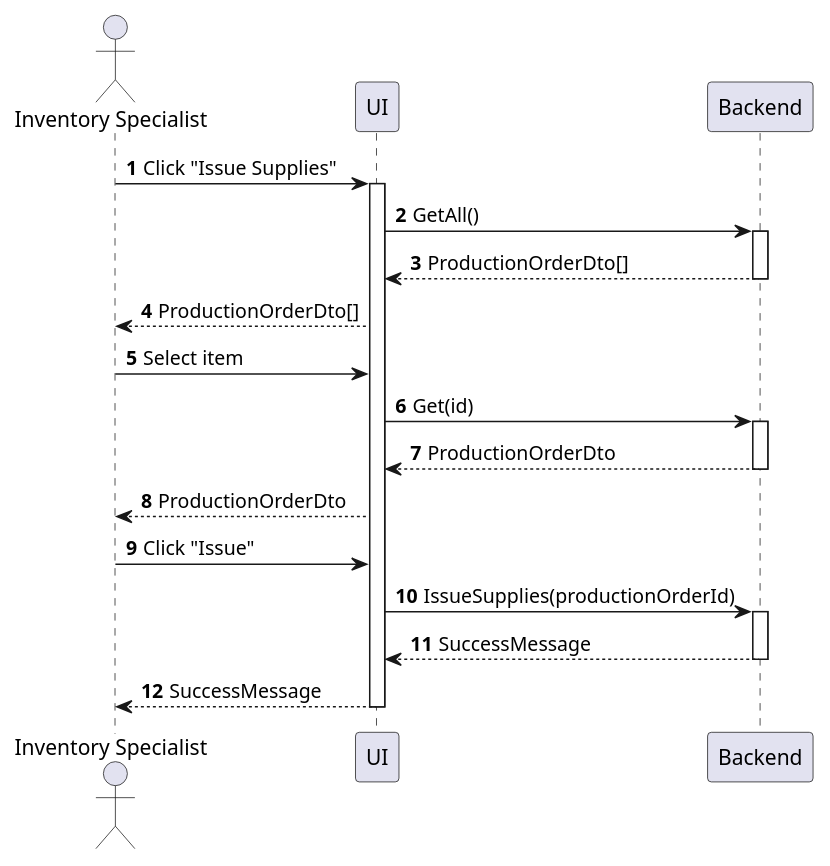
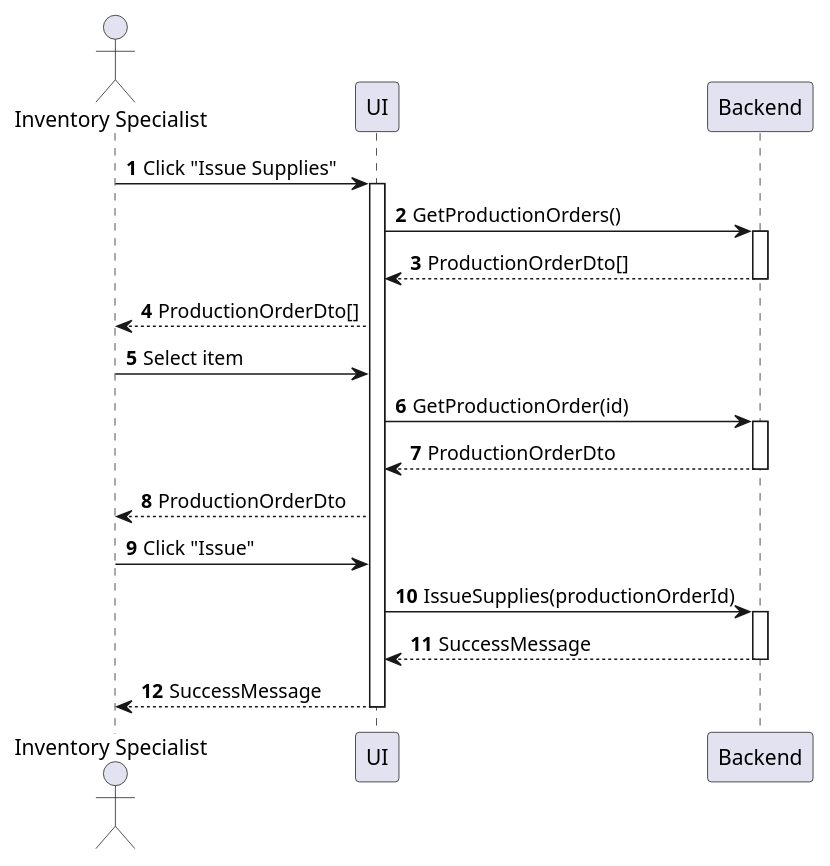
The diagram in sequences/inventory-supply-issue.plantuml (phihungha/scmss-reqs), drawn with PlantUML before and after one commit. The commit also changed 3 other files, not shown here.

```diff
--- a/sequences/inventory-supply-issue.plantuml
+++ b/sequences/inventory-supply-issue.plantuml
@@ -1,24 +1,24 @@
 @startuml inventory-supply-issue
 autonumber
 
 actor "Inventory Specialist" as a
 participant UI as f
 participant Backend as b
 
 a -> f : Click "Issue Supplies"
 activate f
-f -> b : GetAll()
+f -> b : GetProductionOrders()
 activate b
 return ProductionOrderDto[]
 f --> a : ProductionOrderDto[]
 a -> f : Select item
-f -> b : Get(id)
+f -> b : GetProductionOrder(id)
 activate b
 return ProductionOrderDto
 f --> a : ProductionOrderDto
 a -> f : Click "Issue"
 f -> b : IssueSupplies(productionOrderId)
 activate b
 return SuccessMessage
 return SuccessMessage
 @enduml
```
